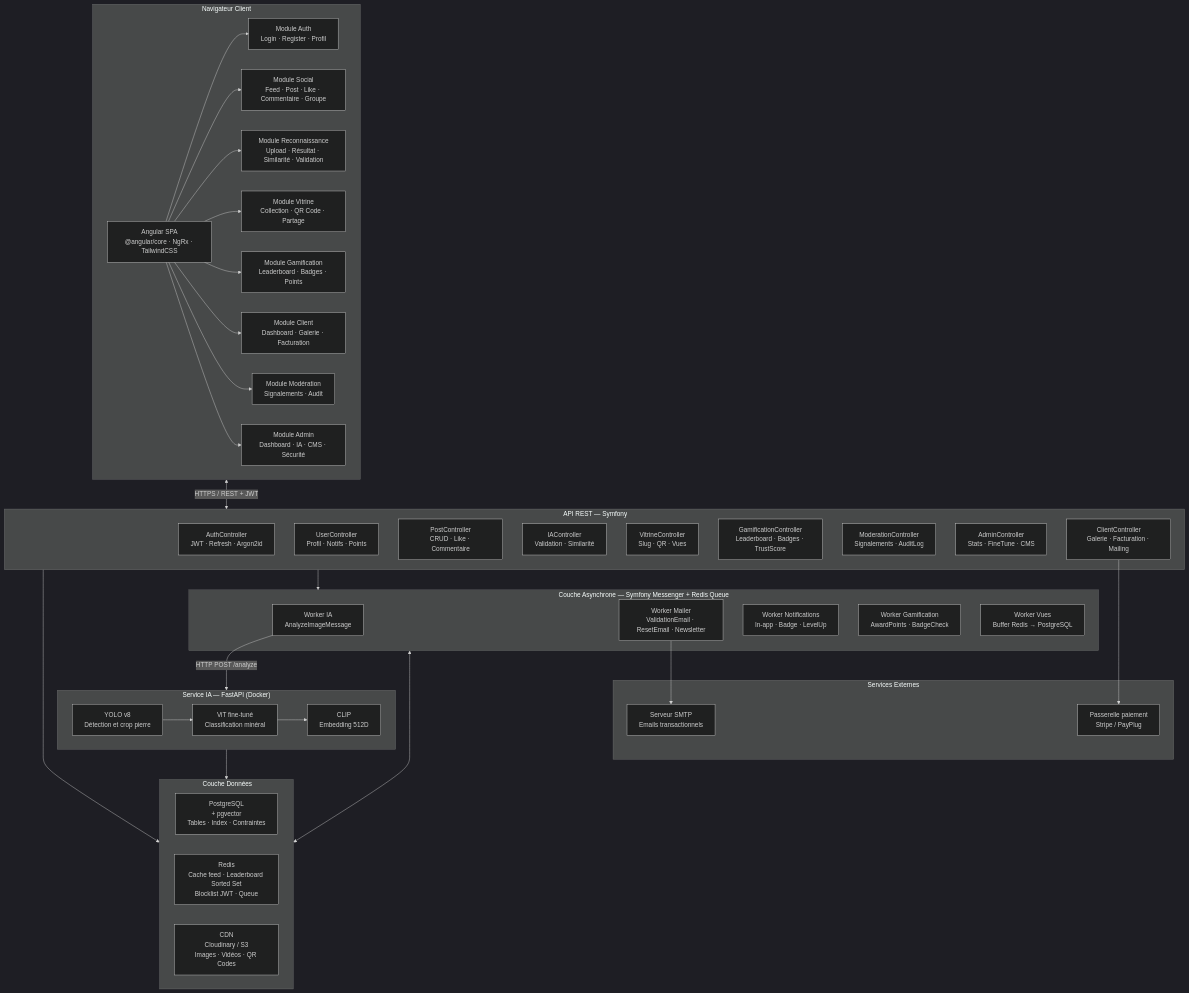
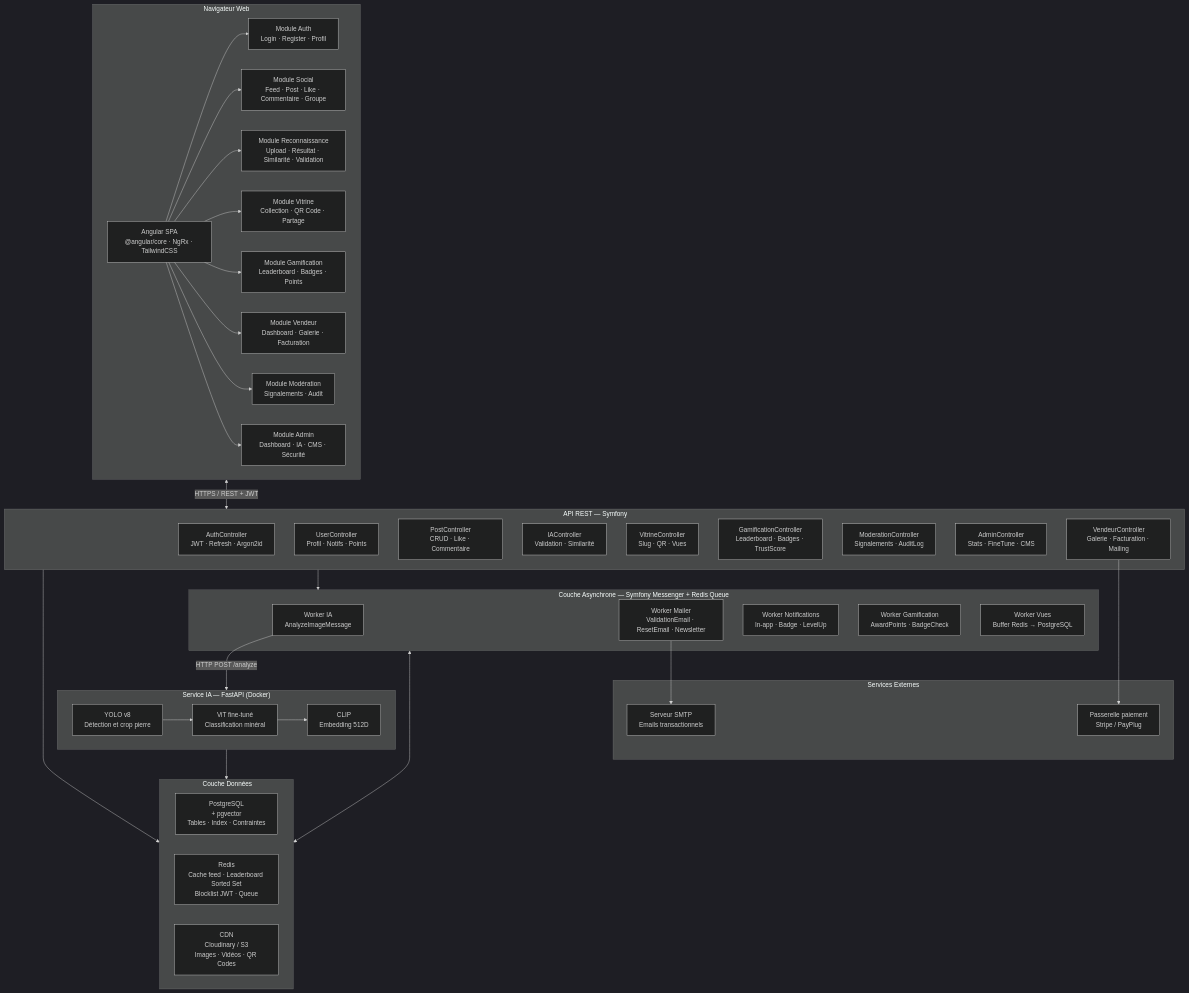
One commit to Gaetan1303/GemLink changed the tenth of 10 diagrams in doc/Diagramme.md. Above: the diagram before and after it, drawn with Mermaid (dark theme). The commit also changed other lines of this file and 3 other files, not shown here.

Commit message:
remplacer client par Vendeur pour la cohérence du projet

````diff
--- a/doc/Diagramme.md
+++ b/doc/Diagramme.md
@@ -1212,71 +1212,71 @@
 ```mermaid
 graph TB
 
- subgraph Client_Browser[" Navigateur Client"]
+ subgraph Browser[" Navigateur Web"]
  FE_App["Angular SPA\n@angular/core · NgRx · TailwindCSS"]
  FE_Auth["Module Auth\nLogin · Register · Profil"]
  FE_Social["Module Social\nFeed · Post · Like · Commentaire · Groupe"]
  FE_IA["Module Reconnaissance\nUpload · Résultat · Similarité · Validation"]
  FE_Vitrine["Module Vitrine\nCollection · QR Code · Partage"]
  FE_Gamif["Module Gamification\nLeaderboard · Badges · Points"]
- FE_Client["Module Client\nDashboard · Galerie · Facturation"]
+ FE_Vendeur["Module Vendeur\nDashboard · Galerie · Facturation"]
  FE_Mod["Module Modération\nSignalements · Audit"]
  FE_Admin["Module Admin\nDashboard · IA · CMS · Sécurité"]
 
  FE_App --> FE_Auth
  FE_App --> FE_Social
  FE_App --> FE_IA
  FE_App --> FE_Vitrine
  FE_App --> FE_Gamif
- FE_App --> FE_Client
+ FE_App --> FE_Vendeur
  FE_App --> FE_Mod
  FE_App --> FE_Admin
  end
 
  subgraph API_Gateway["️ API REST — Symfony"]
  SYM_Auth["AuthController\nJWT · Refresh · Argon2id"]
  SYM_User["UserController\nProfil · Notifs · Points"]
  SYM_Post["PostController\nCRUD · Like · Commentaire"]
  SYM_IA["IAController\nValidation · Similarité"]
  SYM_Vitrine["VitrineController\nSlug · QR · Vues"]
  SYM_Gamif["GamificationController\nLeaderboard · Badges · TrustScore"]
  SYM_Mod["ModerationController\nSignalements · AuditLog"]
  SYM_Admin["AdminController\nStats · FineTune · CMS"]
- SYM_Client["ClientController\nGalerie · Facturation · Mailing"]
+ SYM_Vendeur["VendeurController\nGalerie · Facturation · Mailing"]
  end
 
  subgraph Async_Layer[" Couche Asynchrone — Symfony Messenger + Redis Queue"]
  MSG_IA["Worker IA\nAnalyzeImageMessage"]
  MSG_Mail["Worker Mailer\nValidationEmail · ResetEmail · Newsletter"]
  MSG_Notif["Worker Notifications\nIn-app · Badge · LevelUp"]
  MSG_Points["Worker Gamification\nAwardPoints · BadgeCheck"]
  MSG_Views["Worker Vues\nBuffer Redis → PostgreSQL"]
  end
 
  subgraph Data_Layer["️ Couche Données"]
  PG["PostgreSQL\n+ pgvector\nTables · Index · Contraintes"]
  RD["Redis\nCache feed · Leaderboard Sorted Set\nBlocklist JWT · Queue"]
  CDN["CDN\nCloudinary / S3\nImages · Vidéos · QR Codes"]
  end
 
  subgraph IA_Service[" Service IA — FastAPI (Docker)"]
  IA_YOLO["YOLO v8\nDétection et crop pierre"]
  IA_ViT["ViT fine-tuné\nClassification minéral"]
  IA_CLIP["CLIP\nEmbedding 512D"]
  IA_YOLO --> IA_ViT --> IA_CLIP
  end
 
  subgraph External[" Services Externes"]
  SMTP["Serveur SMTP\nEmails transactionnels"]
  PAYMENT["Passerelle paiement\nStripe / PayPlug"]
  end
 
- Client_Browser <-->|HTTPS / REST + JWT| API_Gateway
+ Browser <-->|HTTPS / REST + JWT| API_Gateway
  API_Gateway --> Async_Layer
  API_Gateway --> Data_Layer
  Async_Layer <--> Data_Layer
  MSG_IA -->|HTTP POST /analyze| IA_Service
  IA_Service --> Data_Layer
  MSG_Mail --> SMTP
- SYM_Client --> PAYMENT
+ SYM_Vendeur --> PAYMENT
 ```
````
